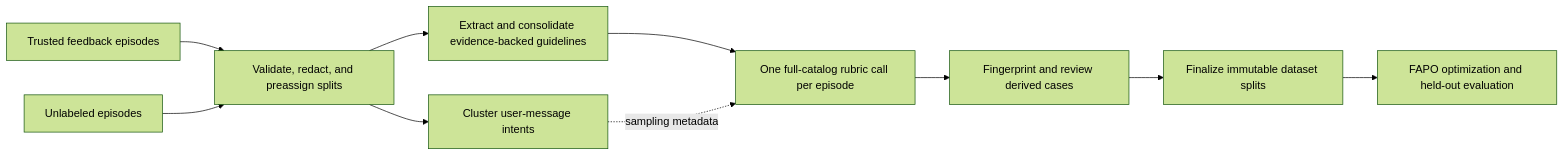
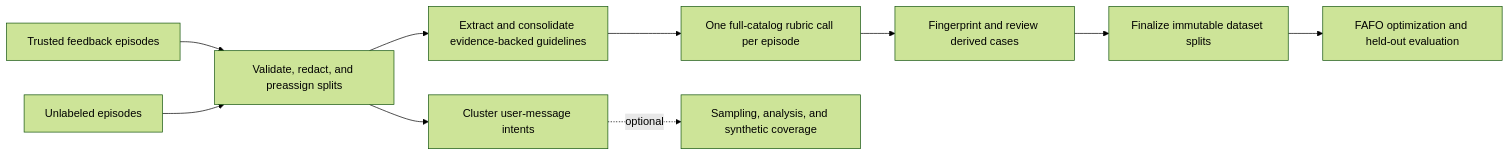
The diagram in README.md (cisco-foundation-ai/fully-automated-prompt-optimization), drawn with Mermaid (forest theme) before and after one commit. The commit also changed other lines of this file and 15325 other files, not shown here.

Commit message:
feat: rebrand FAFO pipeline and update evaluation asset flow

````diff
--- a/README.md
+++ b/README.md
@@ -162,12 +162,12 @@
 ```mermaid
 flowchart LR
     A[Trusted feedback episodes] --> P[Validate, redact, and preassign splits]
     U[Unlabeled episodes] --> P
     P --> G[Extract and consolidate evidence-backed guidelines]
     P --> C[Cluster user-message intents]
     G --> R[One full-catalog rubric call per episode]
-    C -. sampling metadata .-> R
+    C -. optional .-> M[Sampling, analysis, and synthetic coverage]
     R --> V[Fingerprint and review derived cases]
     V --> D[Finalize immutable dataset splits]
-    D --> O[FAPO optimization and held-out evaluation]
+    D --> O[FAFO optimization and held-out evaluation]
 ```
````
